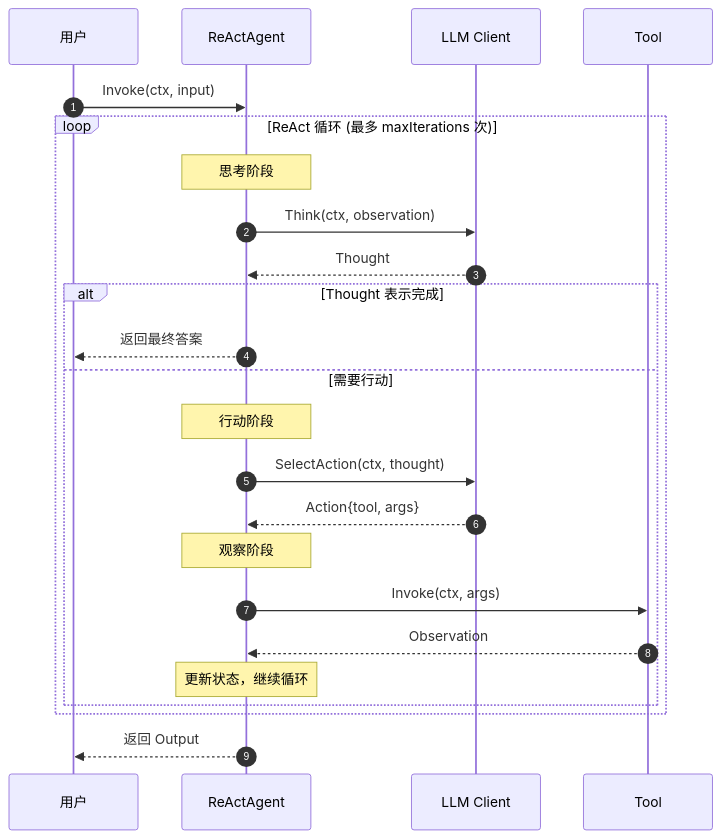
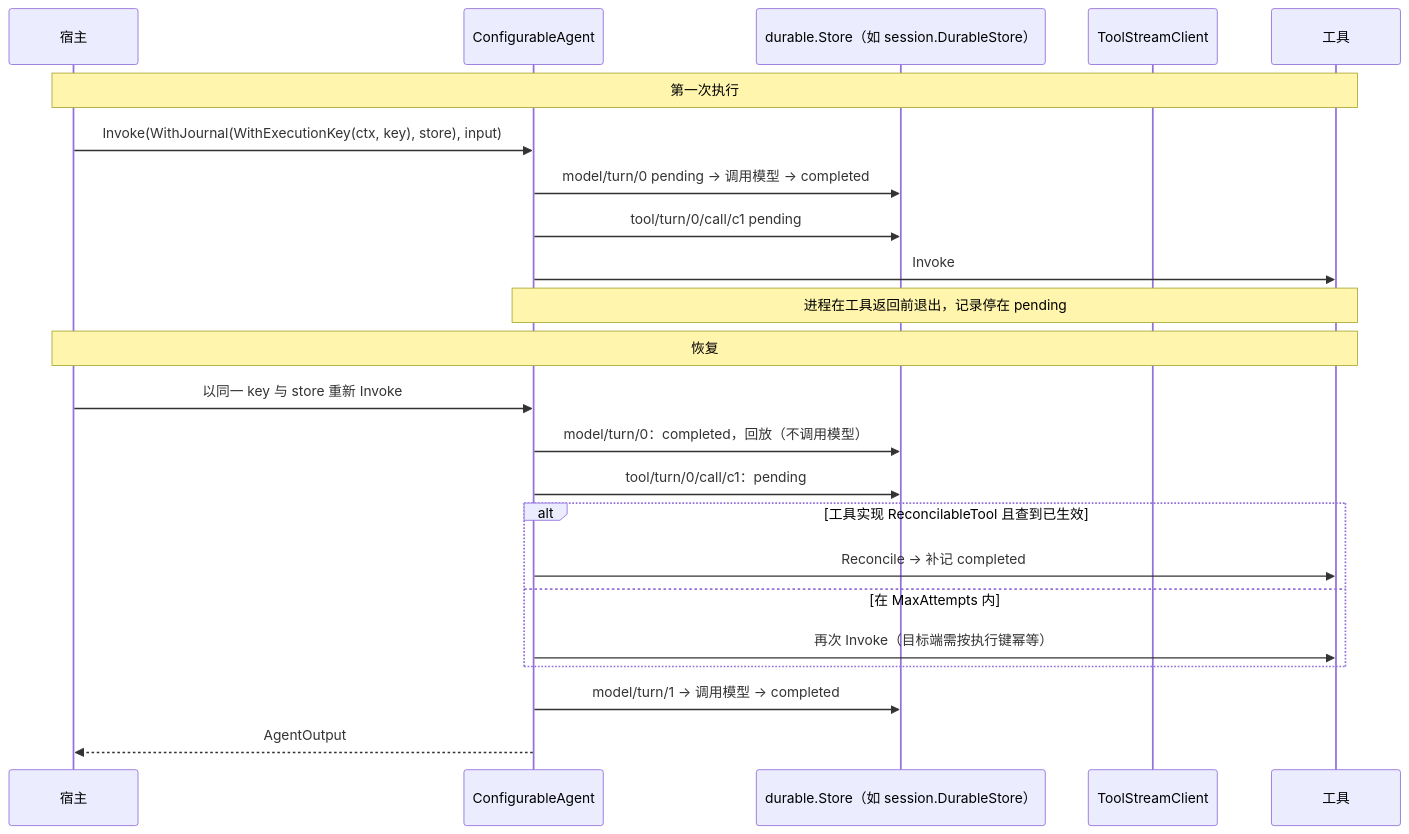
The second of 5 diagrams in docs/design/SEQUENCE_DIAGRAMS.md (kart-io/goagent), drawn with Mermaid before and after one commit. The commit also changed other lines of this file and 87 other files, not shown here.

````diff
--- a/docs/design/SEQUENCE_DIAGRAMS.md
+++ b/docs/design/SEQUENCE_DIAGRAMS.md
@@ -113,32 +43,27 @@
 ```mermaid
 sequenceDiagram
-    autonumber
-    participant User as 用户
-    participant ReAct as ReActAgent
-    participant LLM as LLM Client
-    participant Tool as Tool
+    participant Host as 宿主
+    participant A as ConfigurableAgent
+    participant J as durable.Store（如 session.DurableStore）
+    participant M as ToolStreamClient
+    participant T as 工具
 
-    User->>ReAct: Invoke(ctx, input)
+    Note over Host,T: 第一次执行
+    Host->>A: Invoke(WithJournal(WithExecutionKey(ctx, key), store), input)
+    A->>J: model/turn/0 pending → 调用模型 → completed
+    A->>J: tool/turn/0/call/c1 pending
+    A->>T: Invoke
+    Note over A,T: 进程在工具返回前退出，记录停在 pending
 
-    loop ReAct 循环 (最多 maxIterations 次)
-        Note over ReAct: 思考阶段
-        ReAct->>LLM: Think(ctx, observation)
-        LLM-->>ReAct: Thought
-
-        alt Thought 表示完成
-            ReAct-->>User: 返回最终答案
-        else 需要行动
-            Note over ReAct: 行动阶段
-            ReAct->>LLM: SelectAction(ctx, thought)
-            LLM-->>ReAct: Action{tool, args}
-
-            Note over ReAct: 观察阶段
-            ReAct->>Tool: Invoke(ctx, args)
-            Tool-->>ReAct: Observation
-
-            Note over ReAct: 更新状态，继续循环
-        end
+    Note over Host,T: 恢复
+    Host->>A: 以同一 key 与 store 重新 Invoke
+    A->>J: model/turn/0：completed，回放（不调用模型）
+    A->>J: tool/turn/0/call/c1：pending
+    alt 工具实现 ReconcilableTool 且查到已生效
+        A->>T: Reconcile → 补记 completed
+    else 在 MaxAttempts 内
+        A->>T: 再次 Invoke（目标端需按执行键幂等）
     end
-
-    ReAct-->>User: 返回 Output
+    A->>J: model/turn/1 → 调用模型 → completed
+    A-->>Host: AgentOutput
 ```
````
